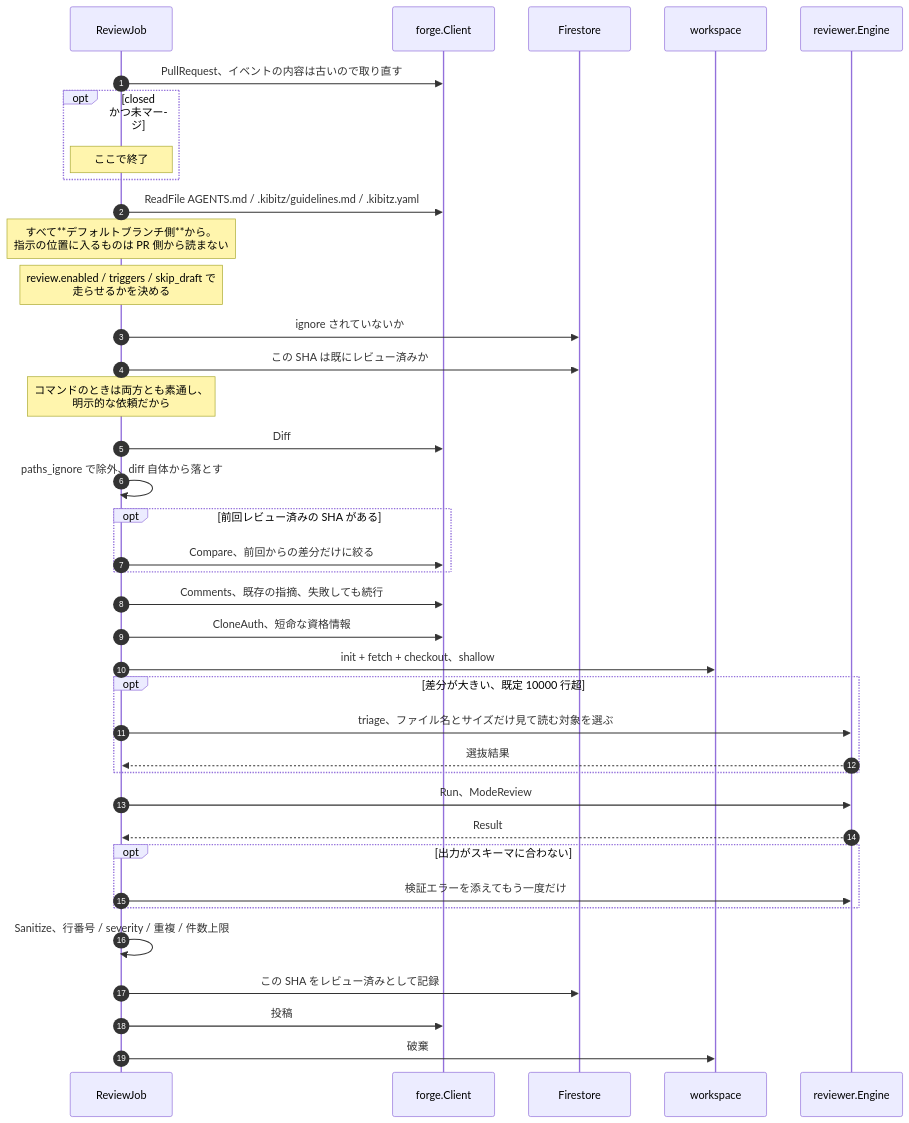
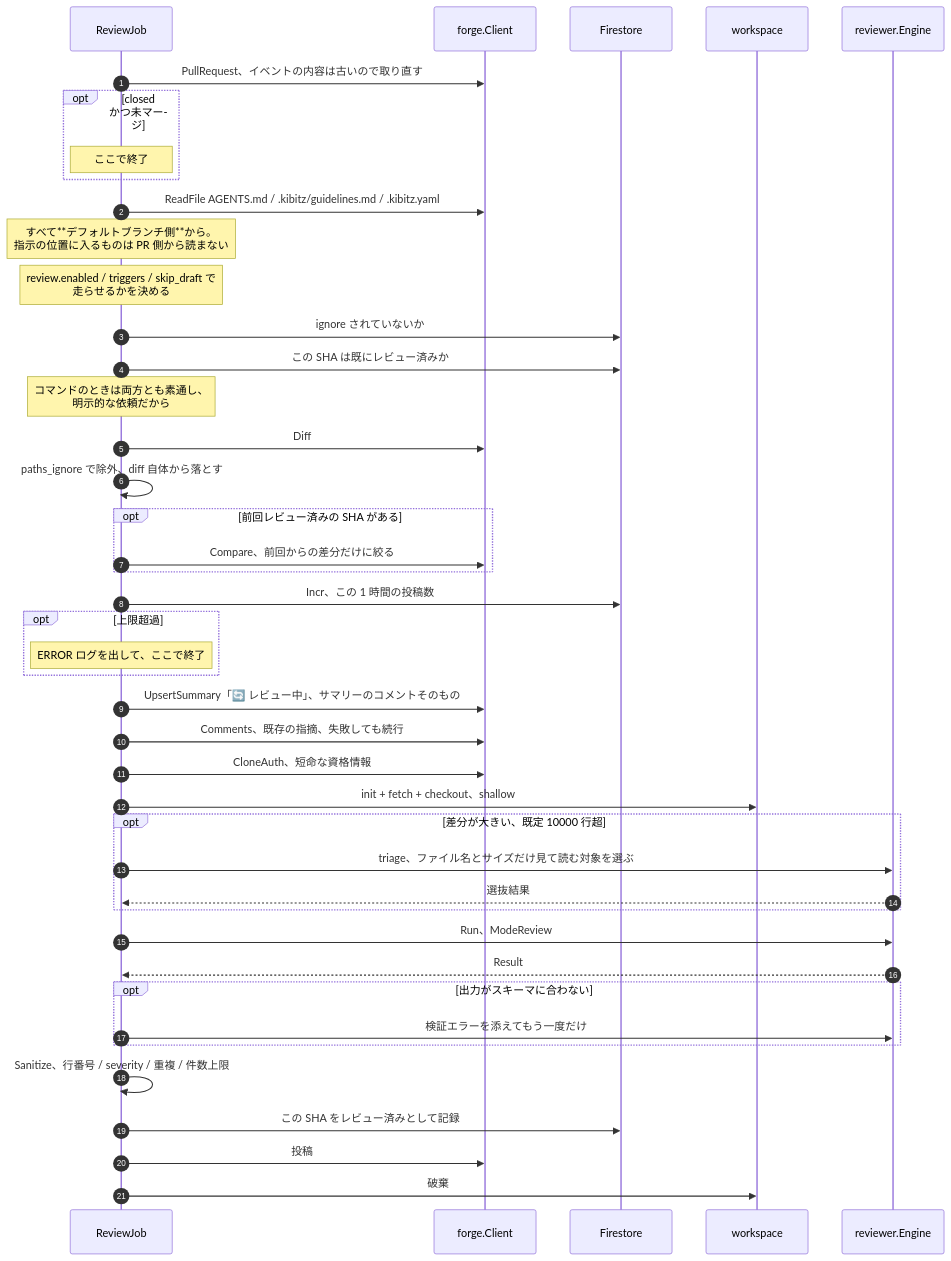
Before and after one commit to yteraoka/kibitz: the fourth of 8 diagrams in docs/review-flow.md, drawn with Mermaid. The commit also changed other lines of this file and 4 other files, not shown here.

````diff
--- a/docs/review-flow.md
+++ b/docs/review-flow.md
@@ -159,41 +159,46 @@
 ```mermaid
 sequenceDiagram
     autonumber
     participant J as ReviewJob
     participant F as forge.Client
     participant S as Firestore
     participant WS as workspace
     participant A as reviewer.Engine
 
     J->>F: PullRequest、イベントの内容は古いので取り直す
     opt closed かつ未マージ
         Note over J: ここで終了
     end
     J->>F: ReadFile AGENTS.md / .kibitz/guidelines.md / .kibitz.yaml
     Note over J: すべて**デフォルトブランチ側**から。<br/>指示の位置に入るものは PR 側から読まない
     Note over J: review.enabled / triggers / skip_draft で<br/>走らせるかを決める
     J->>S: ignore されていないか
     J->>S: この SHA は既にレビュー済みか
     Note over J: コマンドのときは両方とも素通し、<br/>明示的な依頼だから
     J->>F: Diff
     J->>J: paths_ignore で除外、diff 自体から落とす
     opt 前回レビュー済みの SHA がある
         J->>F: Compare、前回からの差分だけに絞る
     end
+    J->>S: Incr、この 1 時間の投稿数
+    opt 上限超過
+        Note over J: ERROR ログを出して、ここで終了
+    end
+    J->>F: UpsertSummary「🔄 レビュー中」、サマリーのコメントそのもの
     J->>F: Comments、既存の指摘、失敗しても続行
     J->>F: CloneAuth、短命な資格情報
     J->>WS: init + fetch + checkout、shallow
     opt 差分が大きい、既定 10000 行超
         J->>A: triage、ファイル名とサイズだけ見て読む対象を選ぶ
         A-->>J: 選抜結果
     end
     J->>A: Run、ModeReview
     A-->>J: Result
     opt 出力がスキーマに合わない
         J->>A: 検証エラーを添えてもう一度だけ
     end
     J->>J: Sanitize、行番号 / severity / 重複 / 件数上限
     J->>S: この SHA をレビュー済みとして記録
     J->>F: 投稿
     J->>WS: 破棄
 ```
````
